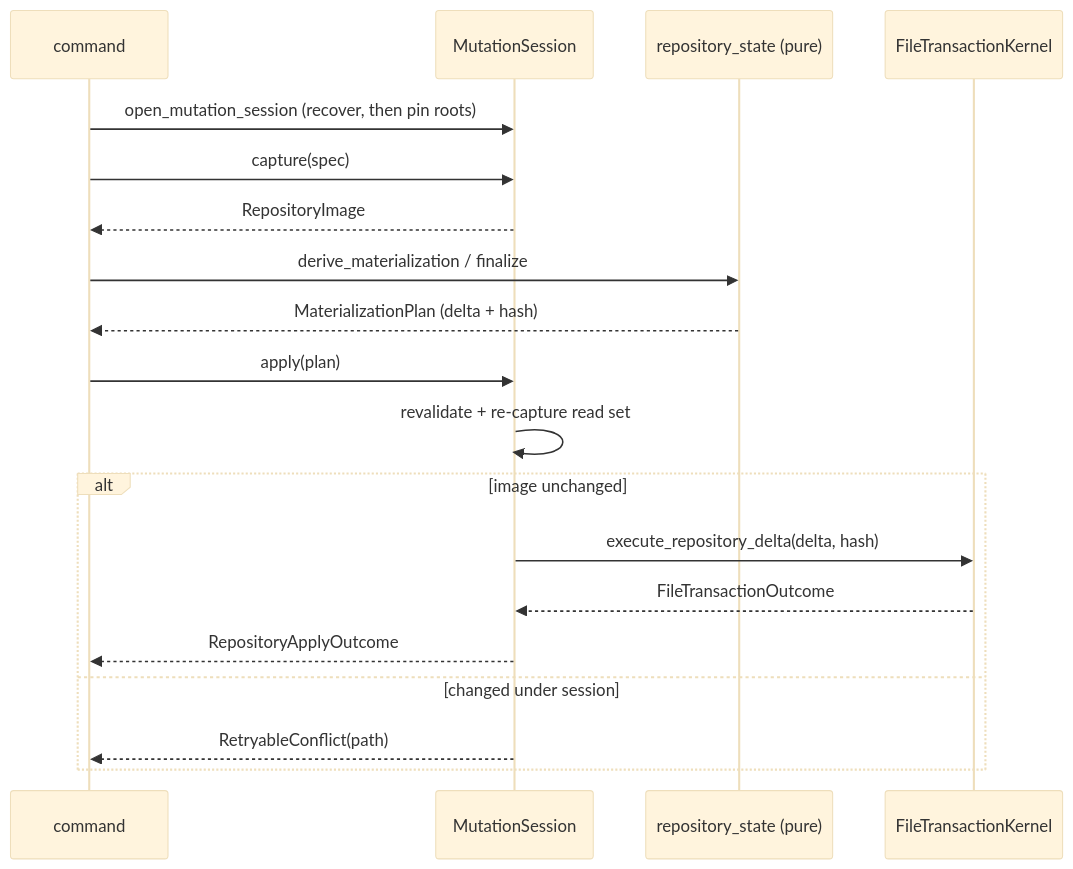
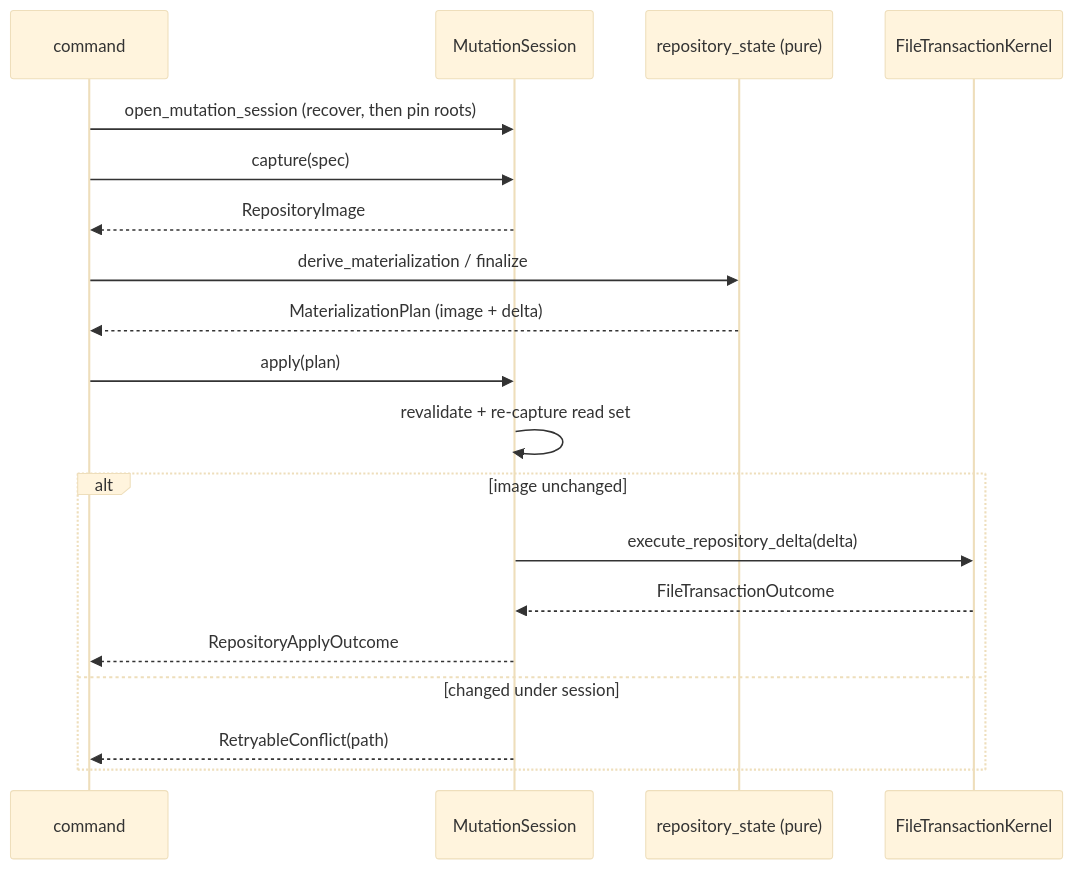
Before and after one commit to erankavija/just-in-time: the fourth of 4 diagrams in dev/architecture/repository-state-materialization.md, drawn with Mermaid (base theme). The commit also changed other lines of this file and 11 other files, not shown here.

Commit message:
chore(jit:ec72359b): retire the plan hash, its seed and intent inputs, and the outcome field

````diff
--- a/dev/architecture/repository-state-materialization.md
+++ b/dev/architecture/repository-state-materialization.md
@@ -306,21 +303,21 @@
 ```mermaid
 sequenceDiagram
     participant C as command
     participant S as MutationSession
     participant P as repository_state (pure)
     participant K as FileTransactionKernel
     C->>S: open_mutation_session (recover, then pin roots)
     C->>S: capture(spec)
     S-->>C: RepositoryImage
     C->>P: derive_materialization / finalize
-    P-->>C: MaterializationPlan (delta + hash)
+    P-->>C: MaterializationPlan (image + delta)
     C->>S: apply(plan)
     S->>S: revalidate + re-capture read set
     alt image unchanged
-        S->>K: execute_repository_delta(delta, hash)
+        S->>K: execute_repository_delta(delta)
         K-->>S: FileTransactionOutcome
         S-->>C: RepositoryApplyOutcome
     else changed under session
         S-->>C: RetryableConflict(path)
     end
 ```
````
